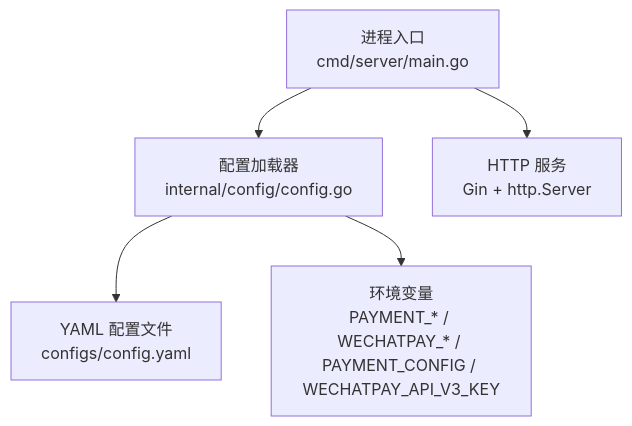
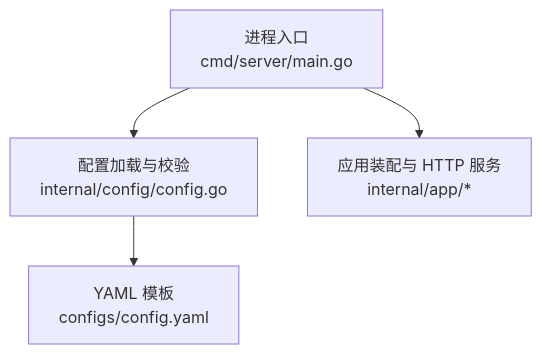
One commit to gbtdesign/payment changed the first of 7 diagrams in .qoder/repowiki/zh/content/配置管理.md. Above: the diagram before and after it, drawn with Mermaid. The commit also changed other lines of this file and 107 other files, not shown here.

````diff
--- a/.qoder/repowiki/zh/content/配置管理.md
+++ b/.qoder/repowiki/zh/content/配置管理.md
@@ -34,7 +33,6 @@
 ```mermaid
 graph TB
-A["进程入口<br/>cmd/server/main.go"] --> B["配置加载器<br/>internal/config/config.go"]
-B --> C["YAML 配置文件<br/>configs/config.yaml"]
-B --> D["环境变量<br/>PAYMENT_* / WECHATPAY_* / PAYMENT_CONFIG / WECHATPAY_API_V3_KEY"]
-A --> E["HTTP 服务<br/>Gin + http.Server"]
+A["进程入口<br/>cmd/server/main.go"] --> B["配置加载与校验<br/>internal/config/config.go"]
+B --> C["YAML 模板<br/>configs/config.yaml"]
+A --> D["应用装配与 HTTP 服务<br/>internal/app/*"]
 ```
````
